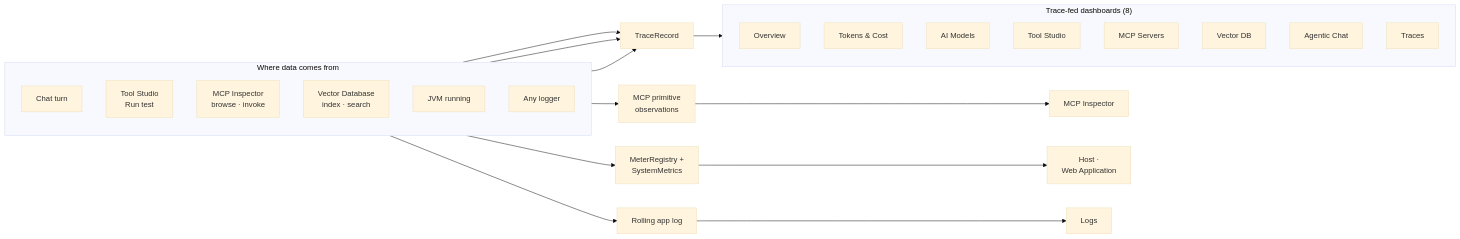
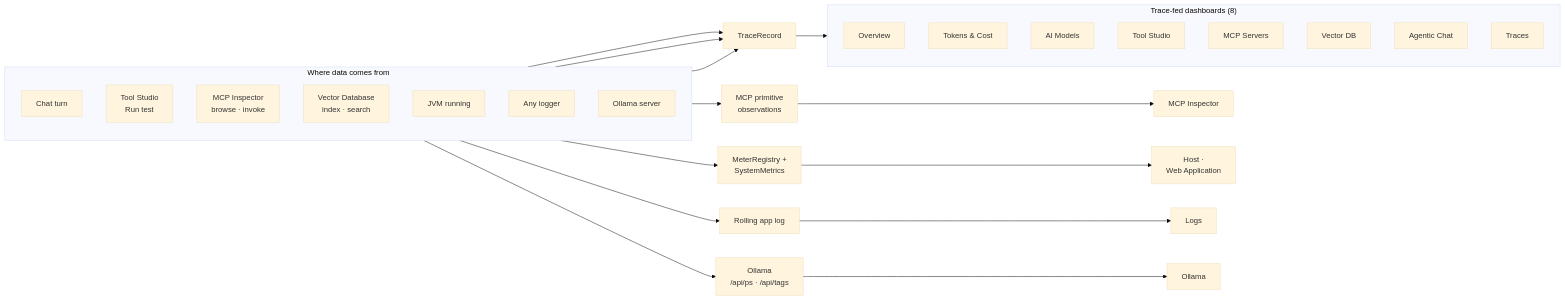
The second of 2 diagrams in docs/features/observability/index.md (JM-Lab/spring-ai-playground), drawn with Mermaid (base theme) before and after one commit. The commit also changed other lines of this file and 185 other files, not shown here.

````diff
--- a/docs/features/observability/index.md
+++ b/docs/features/observability/index.md
@@ -85,37 +87,41 @@
 ```mermaid
 flowchart LR
     subgraph SRC["Where data comes from"]
         direction TB
         S1["Chat turn"]
         S2["Tool Studio<br/>Run test"]
         S3["MCP Inspector<br/>browse · invoke"]
         S4["Vector Database<br/>index · search"]
         S5["JVM running"]
         S6["Any logger"]
+        S7["Ollama server"]
     end
     Trace["TraceRecord"]
     Prim["MCP primitive<br/>observations"]
     Met["MeterRegistry +<br/>SystemMetrics"]
     Log["Rolling app log"]
+    OllamaApi["Ollama<br/>/api/ps · /api/tags"]
     S1 --> Trace
     S2 --> Trace
     S4 --> Trace
     S3 --> Prim
     S5 --> Met
     S6 --> Log
+    S7 --> OllamaApi
     subgraph TDASH["Trace-fed dashboards (8)"]
         direction TB
         D1["Overview"]
         D2["Tokens & Cost"]
         D3["AI Models"]
         D4["Tool Studio"]
         D5["MCP Servers"]
         D6["Vector DB"]
         D7["Agentic Chat"]
         D8["Traces"]
     end
     Trace --> TDASH
     Prim --> MI["MCP Inspector"]
     Met --> RUN["Host ·<br/>Web Application"]
+    OllamaApi --> OLL["Ollama"]
     Log --> LG["Logs"]
 ```
````
